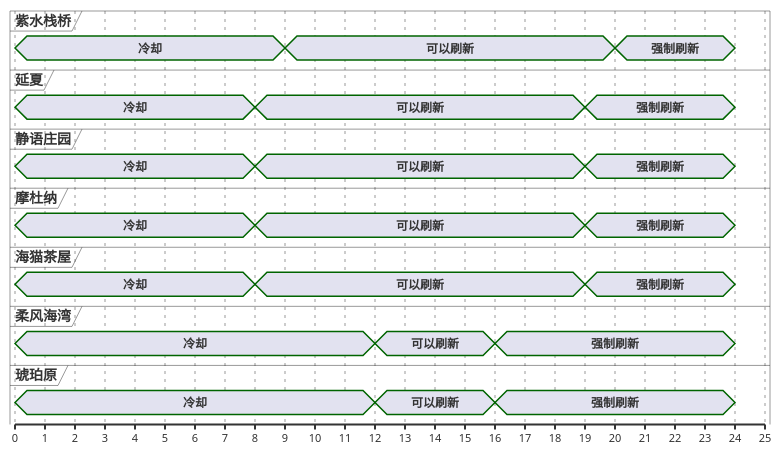
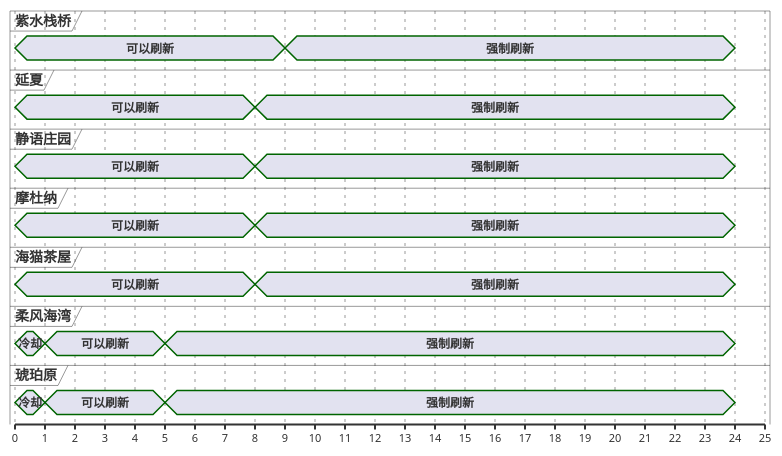
One commit to Eroleice/doc-pi changed the third of 13 diagrams in ffxiv/hunt/2.0/Zona-Seeker.md. Above: the diagram before and after it, drawn with PlantUML. The commit also changed other lines of this file and 38 other files, not shown here.

````diff
--- a/ffxiv/hunt/2.0/Zona-Seeker.md
+++ b/ffxiv/hunt/2.0/Zona-Seeker.md
@@ -165,56 +150,51 @@
 ```plantuml
 @startuml
 scale 1 as 30 pixels
 
 concise 紫水栈桥
 concise 延夏
 concise 静语庄园
 concise 摩杜纳
 concise 海猫茶屋
 concise 柔风海湾
 concise 琥珀原
 
 @琥珀原
 0 is 冷却
-12 is 可以刷新
-16 is 强制刷新
+1 is 可以刷新
+5 is 强制刷新
 24 is {hidden}
 
 @柔风海湾
 0 is 冷却
-12 is 可以刷新
-16 is 强制刷新
+1 is 可以刷新
+5 is 强制刷新
 24 is {hidden}
 
 @海猫茶屋
-0 is 冷却
-8 is 可以刷新
-19 is 强制刷新
+0 is 可以刷新
+8 is 强制刷新
 24 is {hidden}
 
 @延夏
-0 is 冷却
-8 is 可以刷新
-19 is 强制刷新
+0 is 可以刷新
+8 is 强制刷新
 24 is {hidden}
 
 @静语庄园
-0 is 冷却
-8 is 可以刷新
-19 is 强制刷新
+0 is 可以刷新
+8 is 强制刷新
 24 is {hidden}
 
 @摩杜纳
-0 is 冷却
-8 is 可以刷新
-19 is 强制刷新
+0 is 可以刷新
+8 is 强制刷新
 24 is {hidden}
 
 @紫水栈桥
-0 is 冷却
-9 is 可以刷新
-20 is 强制刷新
+0 is 可以刷新
+9 is 强制刷新
 24 is {hidden}
 
 @enduml
 ```
````
